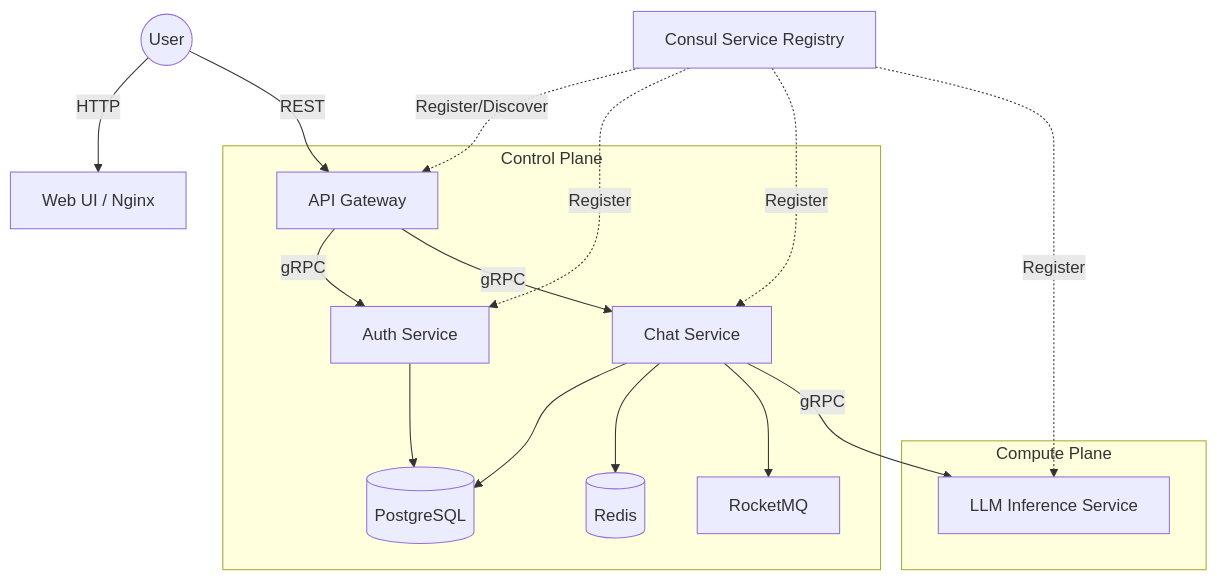
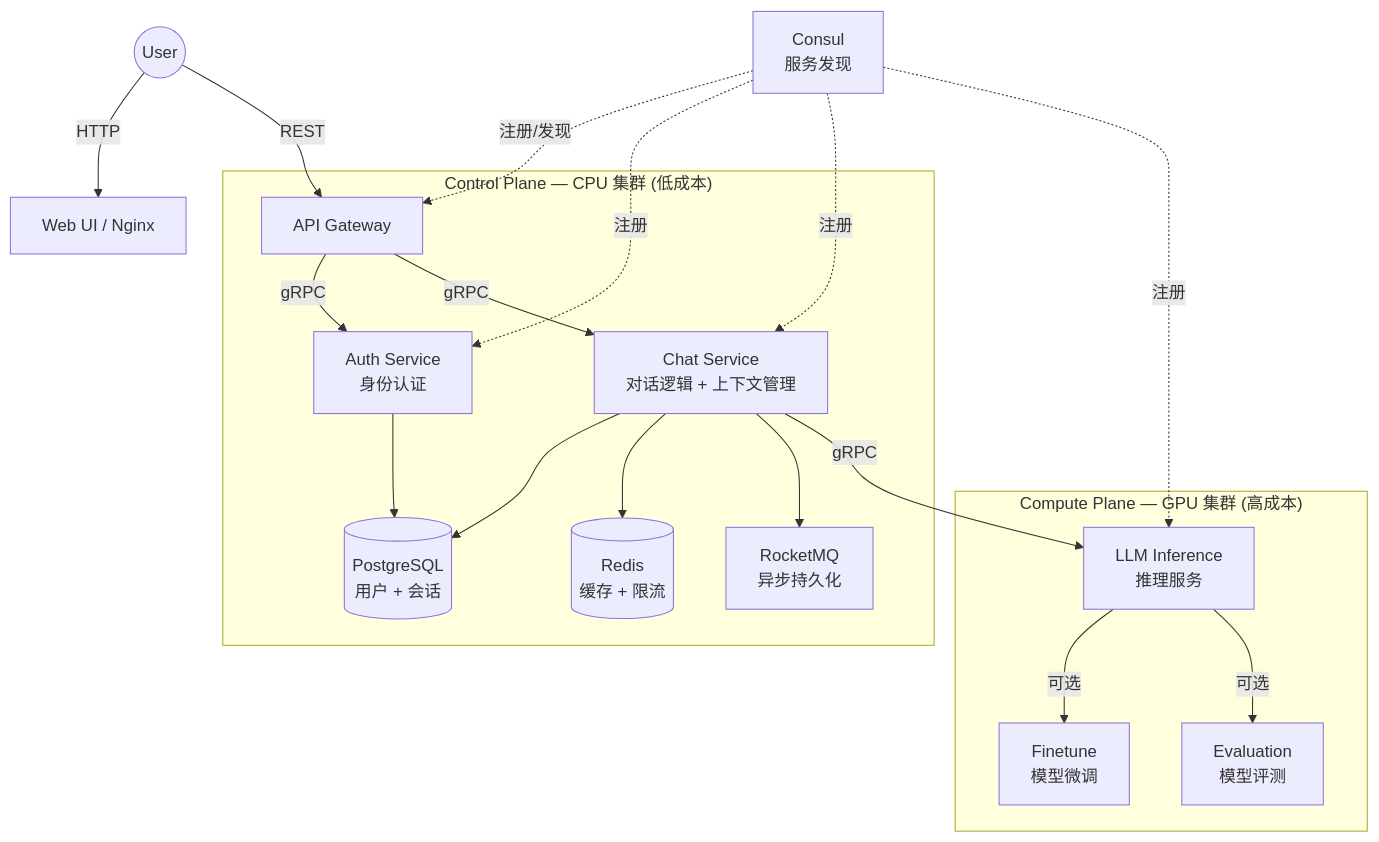
One commit to Einspanner123/free-chat changed the first of 3 diagrams in README.md. Above: the diagram before and after it, drawn with Mermaid. The commit also changed other lines of this file and 1 other file, not shown here.

First line of the commit message:
docs: rewrite README from product and architecture perspective

````diff
--- a/README.md
+++ b/README.md
@@ -11,23 +22,25 @@
 ```mermaid
 graph TD
     User((User)) -->|HTTP| WebUI[Web UI / Nginx]
     User -->|REST| Gateway[API Gateway]
     
-    subgraph "Control Plane"
-        Gateway -->|gRPC| Auth[Auth Service]
-        Gateway -->|gRPC| Chat[Chat Service]
-        Auth --> DB[(PostgreSQL)]
+    subgraph "Control Plane — CPU 集群 (低成本)"
+        Gateway -->|gRPC| Auth[Auth Service<br/>身份认证]
+        Gateway -->|gRPC| Chat[Chat Service<br/>对话逻辑 + 上下文管理]
+        Auth --> DB[(PostgreSQL<br/>用户 + 会话)]
         Chat --> DB
-        Chat --> Redis[(Redis)]
-        Chat --> MQ[RocketMQ]
+        Chat --> Redis[(Redis<br/>缓存 + 限流)]
+        Chat --> MQ[RocketMQ<br/>异步持久化]
     end
     
-    subgraph "Compute Plane"
-        Chat -->|gRPC| LLM[LLM Inference Service]
+    subgraph "Compute Plane — GPU 集群 (高成本)"
+        Chat -->|gRPC| LLM[LLM Inference<br/>推理服务]
+        LLM -->|可选| Finetune[Finetune<br/>模型微调]
+        LLM -->|可选| Eval[Evaluation<br/>模型评测]
     end
     
-    Consul[Consul Service Registry] -.->|Register/Discover| Gateway
-    Consul -.->|Register| Auth
-    Consul -.->|Register| Chat
-    Consul -.->|Register| LLM
+    Consul[Consul<br/>服务发现] -.->|注册/发现| Gateway
+    Consul -.->|注册| Auth
+    Consul -.->|注册| Chat
+    Consul -.->|注册| LLM
 ```
````
